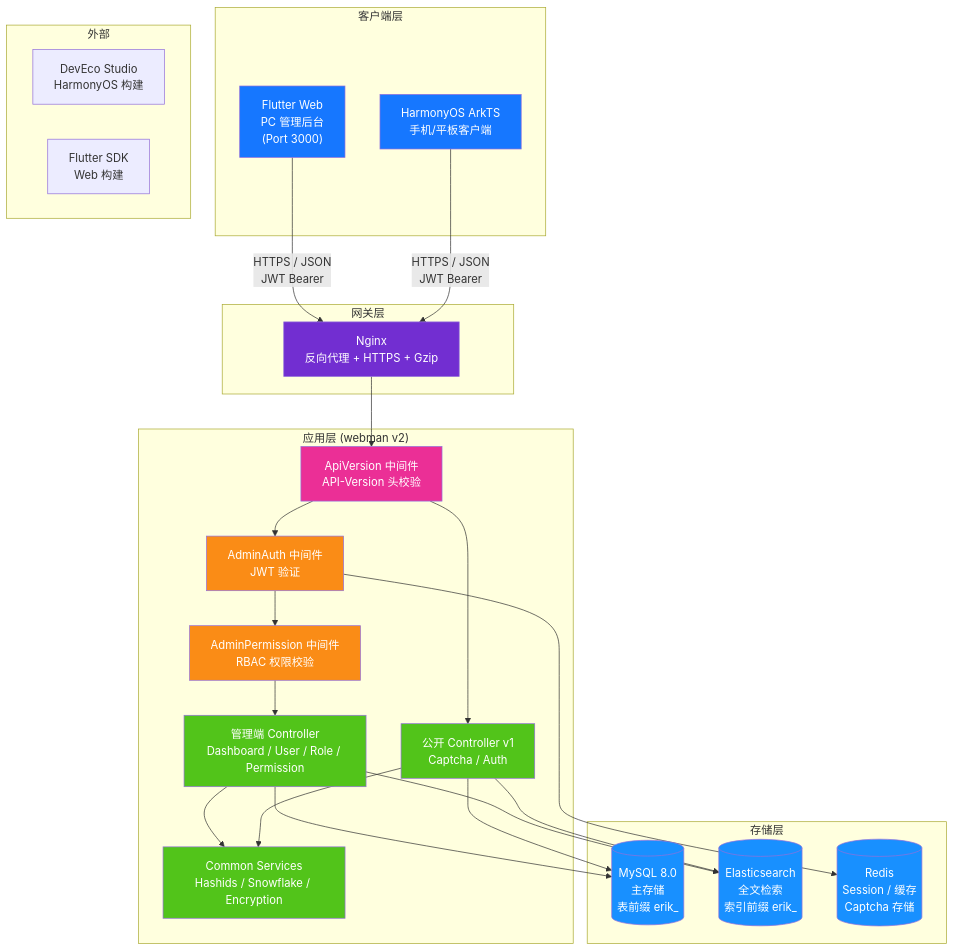
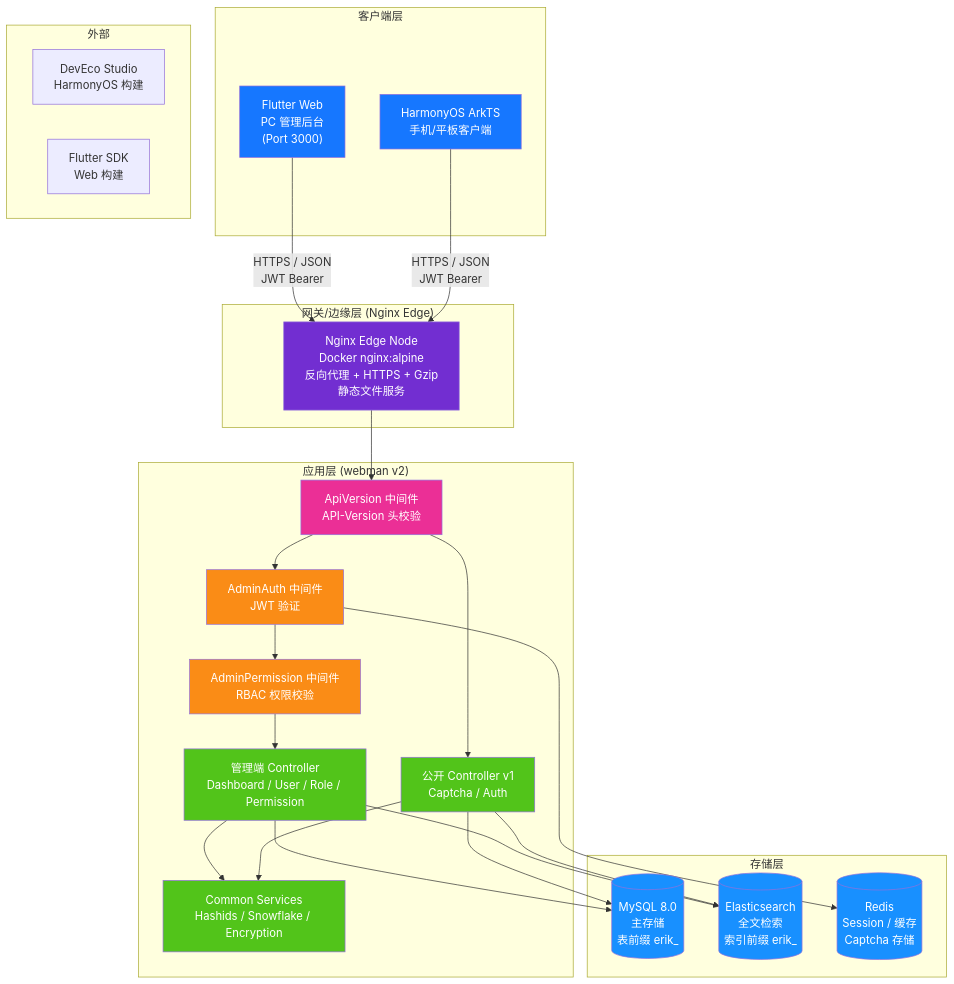
One commit to erikwang2013/open-admin changed the first of 14 diagrams in docs/ARCHITECTURE.md. Above: the diagram before and after it, drawn with Mermaid. The commit also changed other lines of this file and 6 other files, not shown here.

````diff
--- a/docs/ARCHITECTURE.md
+++ b/docs/ARCHITECTURE.md
@@ -11,59 +11,59 @@
 ```mermaid
 flowchart TB
     subgraph "客户端层"
         A1["Flutter Web<br/>PC 管理后台<br/>(Port 3000)"]
         A2["HarmonyOS ArkTS<br/>手机/平板客户端"]
     end
 
-    subgraph "网关层"
-        B1["Nginx<br/>反向代理 + HTTPS + Gzip"]
+    subgraph "网关/边缘层 (Nginx Edge)"
+        B1["Nginx Edge Node<br/>Docker nginx:alpine<br/>反向代理 + HTTPS + Gzip<br/>静态文件服务"]
     end
 
     subgraph "应用层 (webman v2)"
         C0["ApiVersion 中间件<br/>API-Version 头校验"]
         C1["AdminAuth 中间件<br/>JWT 验证"]
         C2["AdminPermission 中间件<br/>RBAC 权限校验"]
         C3["管理端 Controller<br/>Dashboard / User / Role / Permission"]
         C4["公开 Controller v1<br/>Captcha / Auth"]
         C5["Common Services<br/>Hashids / Snowflake / Encryption"]
     end
 
     subgraph "存储层"
         D1[("MySQL 8.0<br/>主存储<br/>表前缀 erik_")]
         D2[("Elasticsearch<br/>全文检索<br/>索引前缀 erik_")]
         D3[("Redis<br/>Session / 缓存<br/>Captcha 存储")]
     end
 
     subgraph "外部"
         E1["DevEco Studio<br/>HarmonyOS 构建"]
         E2["Flutter SDK<br/>Web 构建"]
     end
 
     A1 -->|"HTTPS / JSON<br/>JWT Bearer"| B1
     A2 -->|"HTTPS / JSON<br/>JWT Bearer"| B1
     B1 --> C0
     C0 --> C1
     C1 --> C2
     C2 --> C3
     C0 --> C4
     C3 --> C5
     C4 --> C5
     C3 --> D1
     C4 --> D1
     C3 --> D2
     C4 --> D2
     C1 --> D3
 
     style A1 fill:#1677FF,color:#fff
     style A2 fill:#1677FF,color:#fff
     style B1 fill:#722ED1,color:#fff
     style C0 fill:#EB2F96,color:#fff
     style C1 fill:#FA8C16,color:#fff
     style C2 fill:#FA8C16,color:#fff
     style C3 fill:#52C41A,color:#fff
     style C4 fill:#52C41A,color:#fff
     style C5 fill:#52C41A,color:#fff
     style D1 fill:#1890FF,color:#fff
     style D2 fill:#1890FF,color:#fff
     style D3 fill:#1890FF,color:#fff
 ```
````
